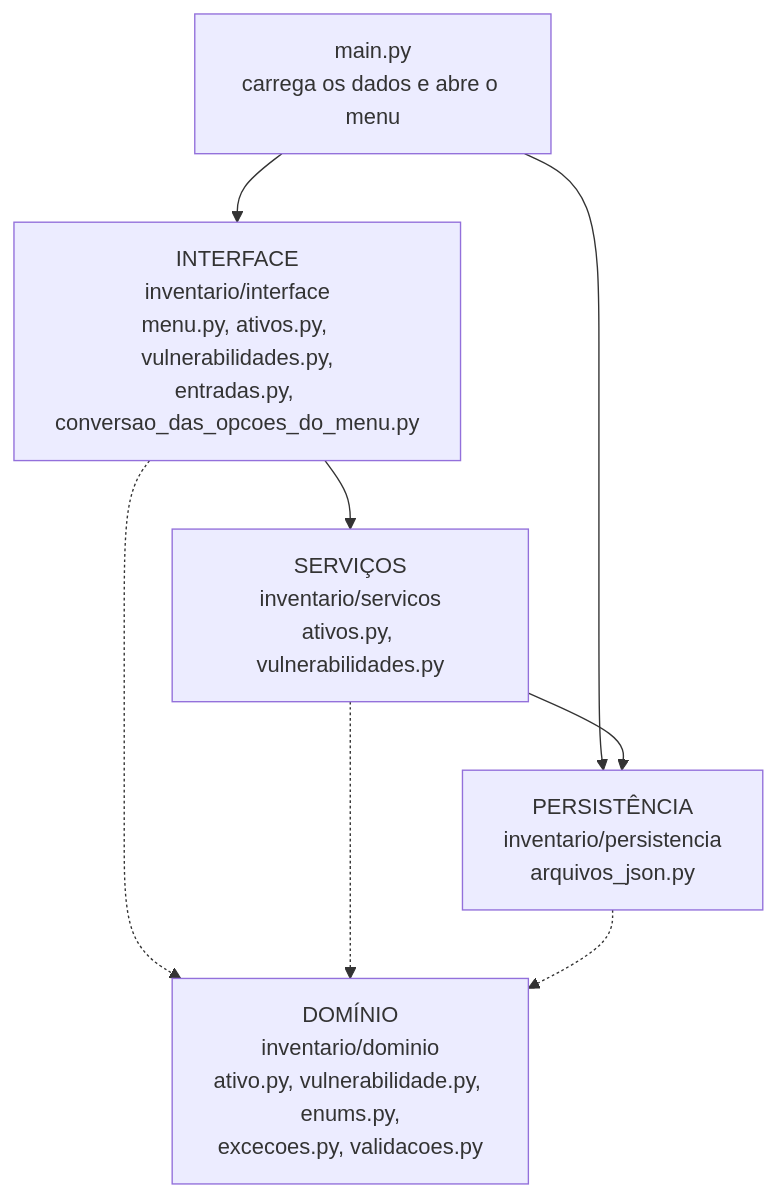
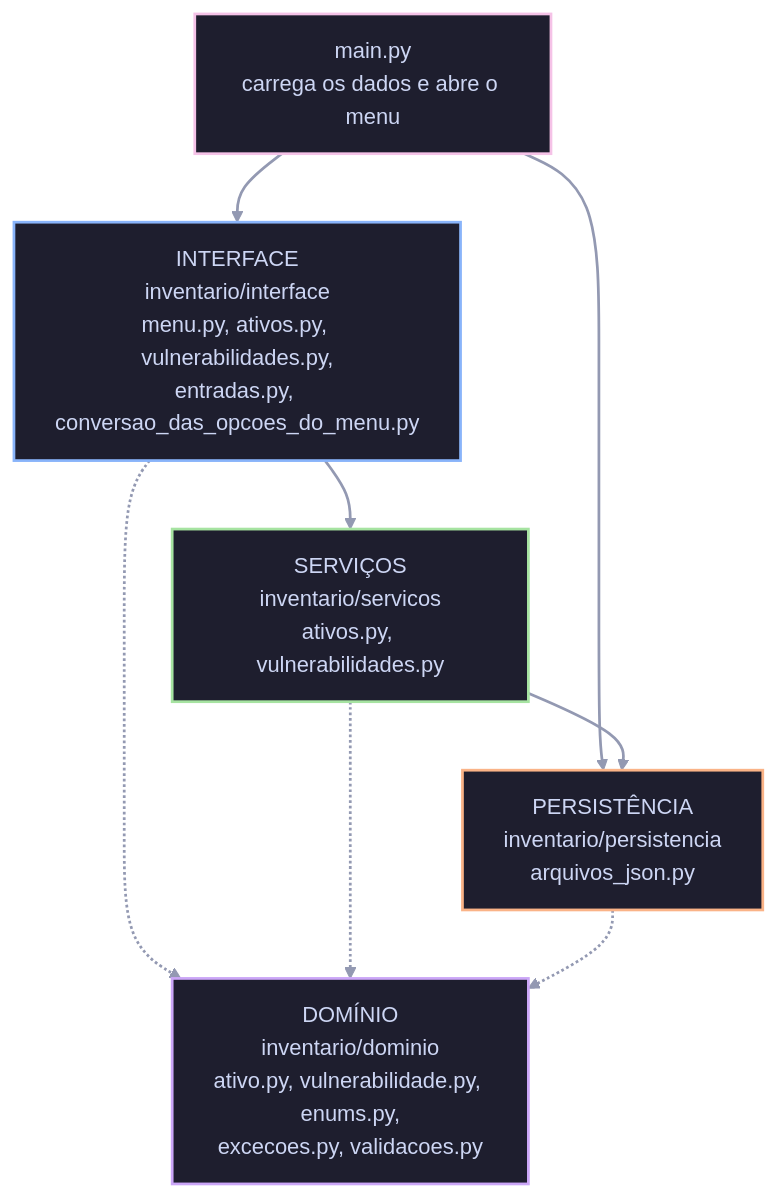
The diagram in docs/README.pt-br.md (cadulugaresi/trab02_2026_2_12621cbs211), drawn with Mermaid before and after one commit. The commit also changed 1 other file, not shown here.

Commit message:
docs: aplica cores do Catppuccin no diagrama de camadas

````diff
--- a/docs/README.pt-br.md
+++ b/docs/README.pt-br.md
@@ -56,16 +56,30 @@
 ```mermaid
 flowchart TD
     main["main.py<br/>carrega os dados e abre o menu"]
     interface["INTERFACE<br/>inventario/interface<br/>menu.py, ativos.py, vulnerabilidades.py,<br/>entradas.py, conversao_das_opcoes_do_menu.py"]
     servicos["SERVIÇOS<br/>inventario/servicos<br/>ativos.py, vulnerabilidades.py"]
     persistencia["PERSISTÊNCIA<br/>inventario/persistencia<br/>arquivos_json.py"]
     dominio["DOMÍNIO<br/>inventario/dominio<br/>ativo.py, vulnerabilidade.py, enums.py,<br/>excecoes.py, validacoes.py"]
 
     main --> interface
     main --> persistencia
     interface --> servicos
     servicos --> persistencia
     interface -.-> dominio
     servicos -.-> dominio
     persistencia -.-> dominio
+
+    classDef corMain fill:#1e1e2e,stroke:#f5c2e7,stroke-width:2px,color:#cdd6f4
+    classDef corInterface fill:#1e1e2e,stroke:#89b4fa,stroke-width:2px,color:#cdd6f4
+    classDef corServicos fill:#1e1e2e,stroke:#a6e3a1,stroke-width:2px,color:#cdd6f4
+    classDef corPersistencia fill:#1e1e2e,stroke:#fab387,stroke-width:2px,color:#cdd6f4
+    classDef corDominio fill:#1e1e2e,stroke:#cba6f7,stroke-width:2px,color:#cdd6f4
+
+    class main corMain
+    class interface corInterface
+    class servicos corServicos
+    class persistencia corPersistencia
+    class dominio corDominio
+
+    linkStyle default stroke:#9399b2,stroke-width:2px
 ```
````
